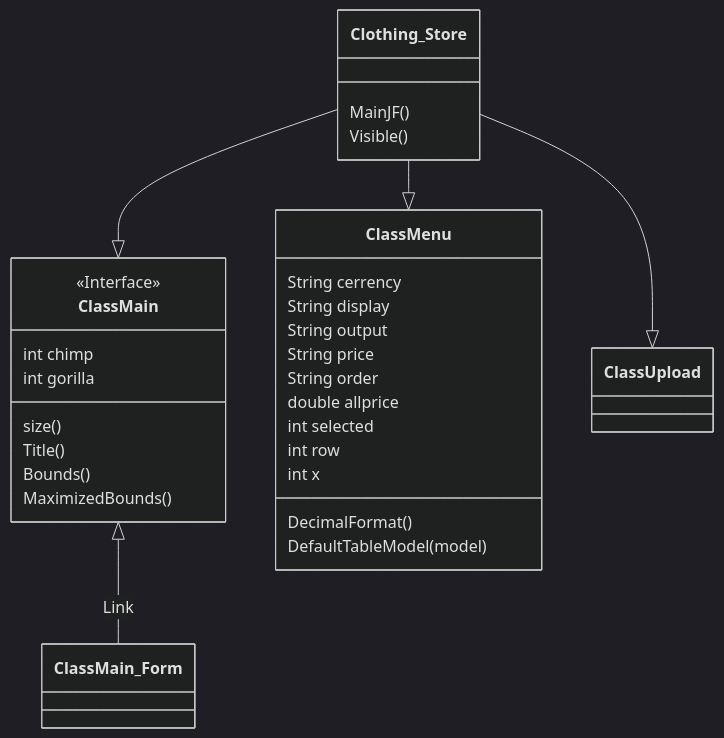
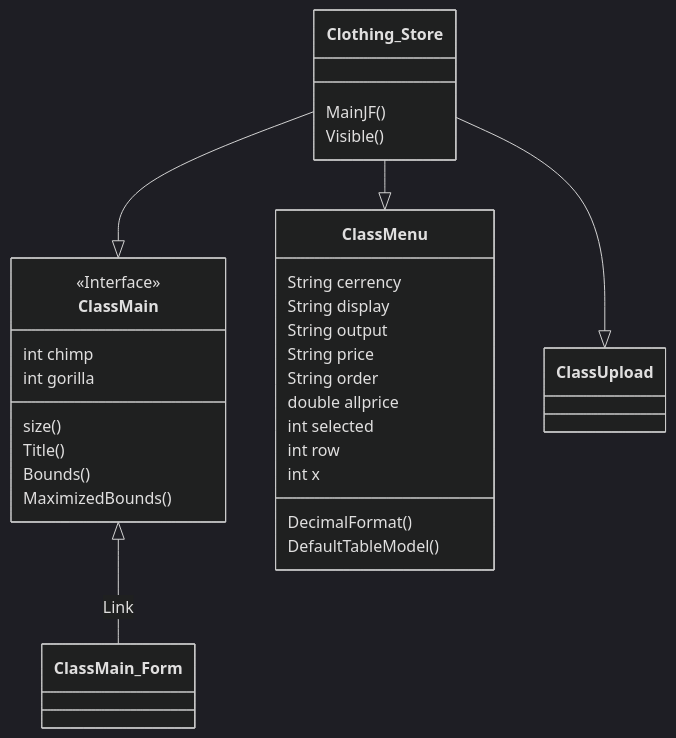
The third of 3 diagrams in README.md (kawin101/Java_GUI_CRUD_CSV), drawn with Mermaid (dark theme) before and after one commit.

````diff
--- a/README.md
+++ b/README.md
@@ -33,28 +33,28 @@
 ```mermaid
 classDiagram
 ClassMain <|-- ClassMain_Form : Link
 <<Interface>> ClassMain
 Clothing_Store --|> ClassMain
 Clothing_Store --|> ClassMenu
 Clothing_Store --|> ClassUpload
 Clothing_Store : MainJF()
 Clothing_Store : Visible()
 ClassMain : size()
 ClassMain : Title()
 ClassMain : Bounds()
 ClassMain : MaximizedBounds()
 ClassMain : int chimp
 ClassMain : int gorilla
 ClassMenu : String cerrency
 ClassMenu : String display
 ClassMenu : String output
 ClassMenu : String price
 ClassMenu : String order
 ClassMenu : DecimalFormat()
 ClassMenu : double allprice
 ClassMenu : int selected
 ClassMenu : int row
 ClassMenu : int x
-ClassMenu : DefaultTableModel(model)
+ClassMenu : DefaultTableModel()
 
 ```
````
